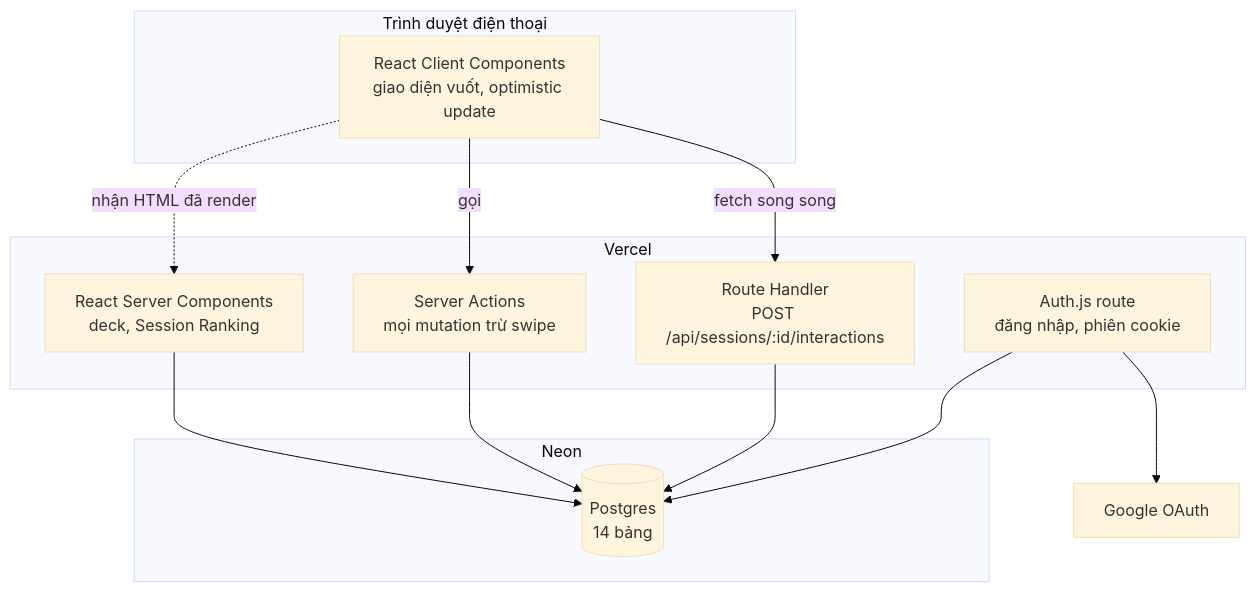
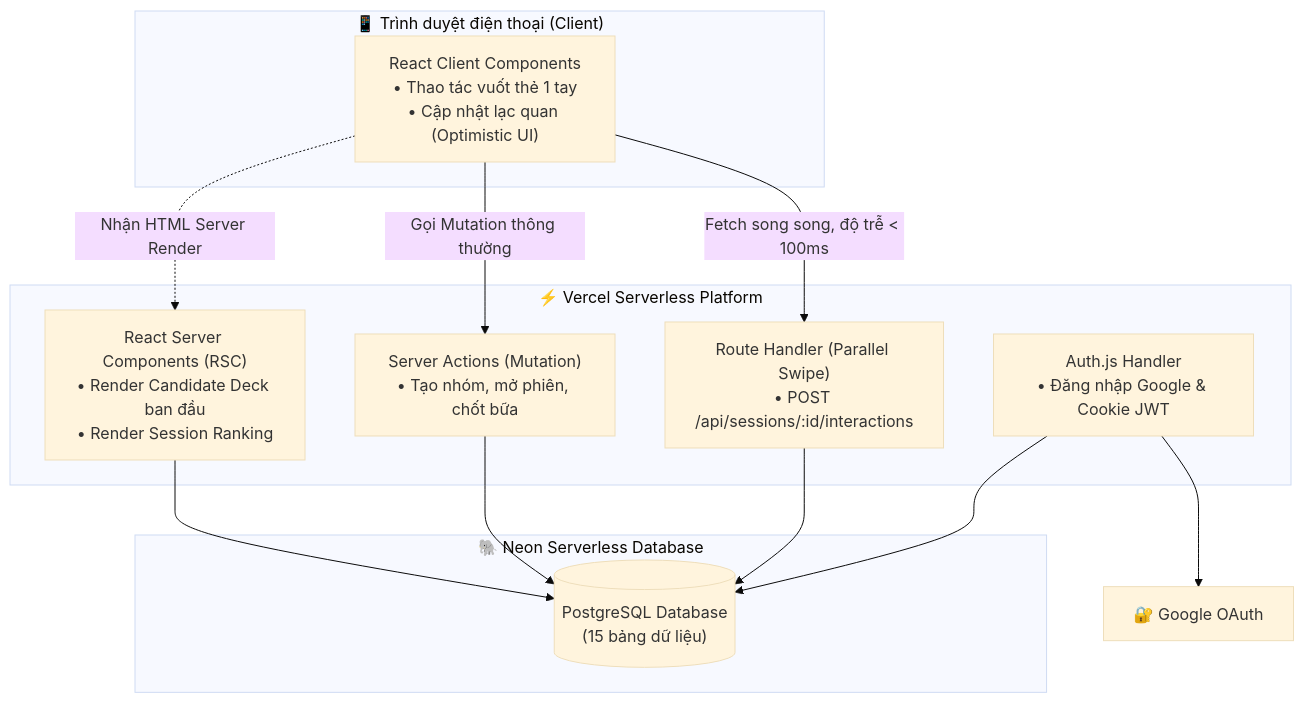
Before and after one commit to trinhquocthinh/What-we-gonna-eat-today: the second of 5 diagrams in docs/what-we-gonna-eat-today_diagrams_v0_1.md, drawn with Mermaid (base theme). The commit also changed other lines of this file and 25 other files, not shown here.

````diff
--- a/docs/what-we-gonna-eat-today_diagrams_v0_1.md
+++ b/docs/what-we-gonna-eat-today_diagrams_v0_1.md
@@ -43,28 +54,28 @@
 ```mermaid
 flowchart TB
-    subgraph browser["Trình duyệt điện thoại"]
-        ui["React Client Components<br/>giao diện vuốt, optimistic update"]
+    subgraph browser["📱 Trình duyệt điện thoại (Client)"]
+        ui["React Client Components<br/>• Thao tác vuốt thẻ 1 tay<br/>• Cập nhật lạc quan (Optimistic UI)"]
     end
 
-    subgraph vercel["Vercel"]
-        rsc["React Server Components<br/>deck, Session Ranking"]
-        actions["Server Actions<br/>mọi mutation trừ swipe"]
-        route["Route Handler<br/>POST /api/sessions/:id/interactions"]
-        authr["Auth.js route<br/>đăng nhập, phiên cookie"]
+    subgraph vercel["⚡ Vercel Serverless Platform"]
+        rsc["React Server Components (RSC)<br/>• Render Candidate Deck ban đầu<br/>• Render Session Ranking"]
+        actions["Server Actions (Mutation)<br/>• Tạo nhóm, mở phiên, chốt bữa"]
+        route["Route Handler (Parallel Swipe)<br/>• POST /api/sessions/:id/interactions"]
+        authr["Auth.js Handler<br/>• Đăng nhập Google & Cookie JWT"]
     end
 
-    subgraph neon["Neon"]
-        pg[("Postgres<br/>14 bảng")]
+    subgraph neon["🐘 Neon Serverless Database"]
+        pg[("PostgreSQL Database<br/>(15 bảng dữ liệu)")]
     end
 
-    google["Google OAuth"]
+    google["🔐 Google OAuth"]
 
-    ui -->|"gọi"| actions
-    ui -->|"fetch song song"| route
-    ui -.->|"nhận HTML đã render"| rsc
+    ui -->|"Gọi Mutation thông thường"| actions
+    ui -->|"Fetch song song, độ trễ < 100ms"| route
+    ui -.->|"Nhận HTML Server Render"| rsc
     rsc --> pg
     actions --> pg
     route --> pg
     authr --> google
     authr --> pg
 ```
````
